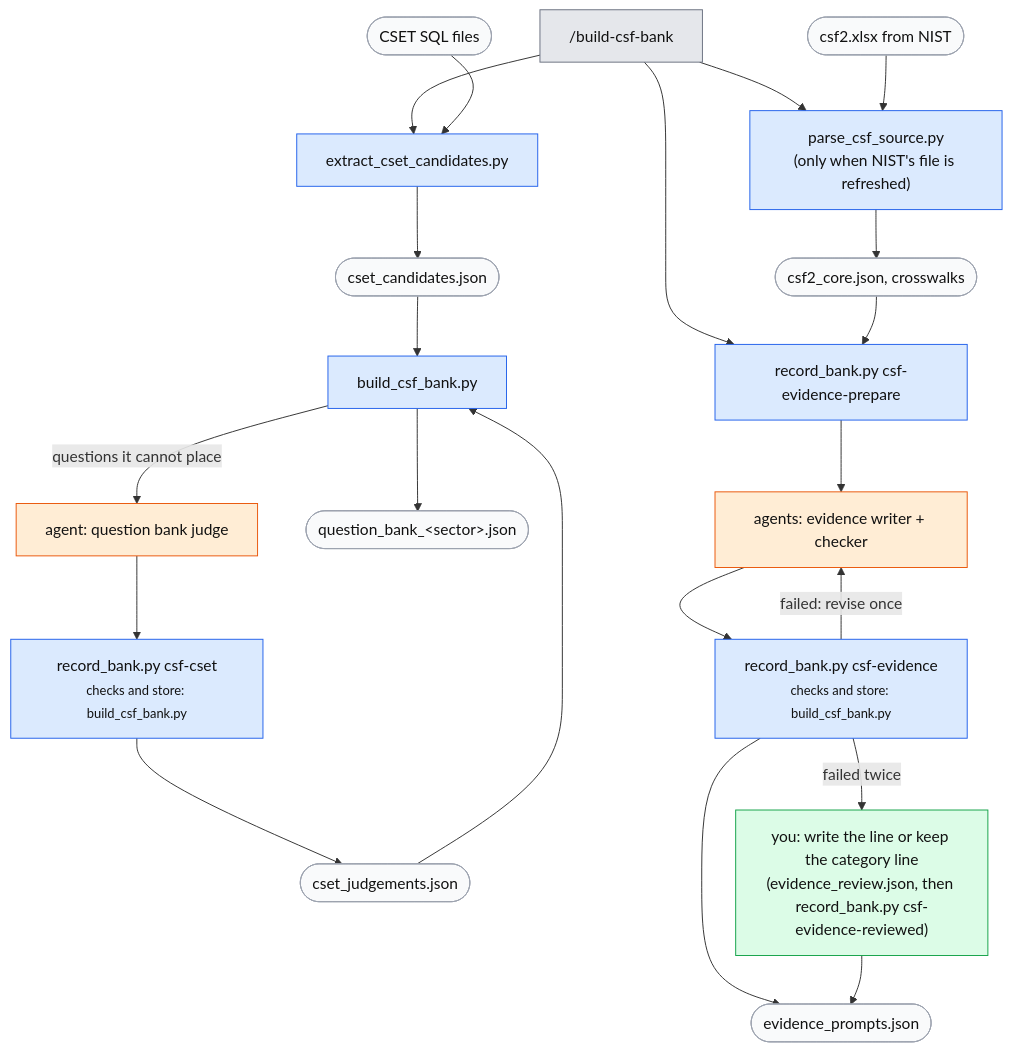
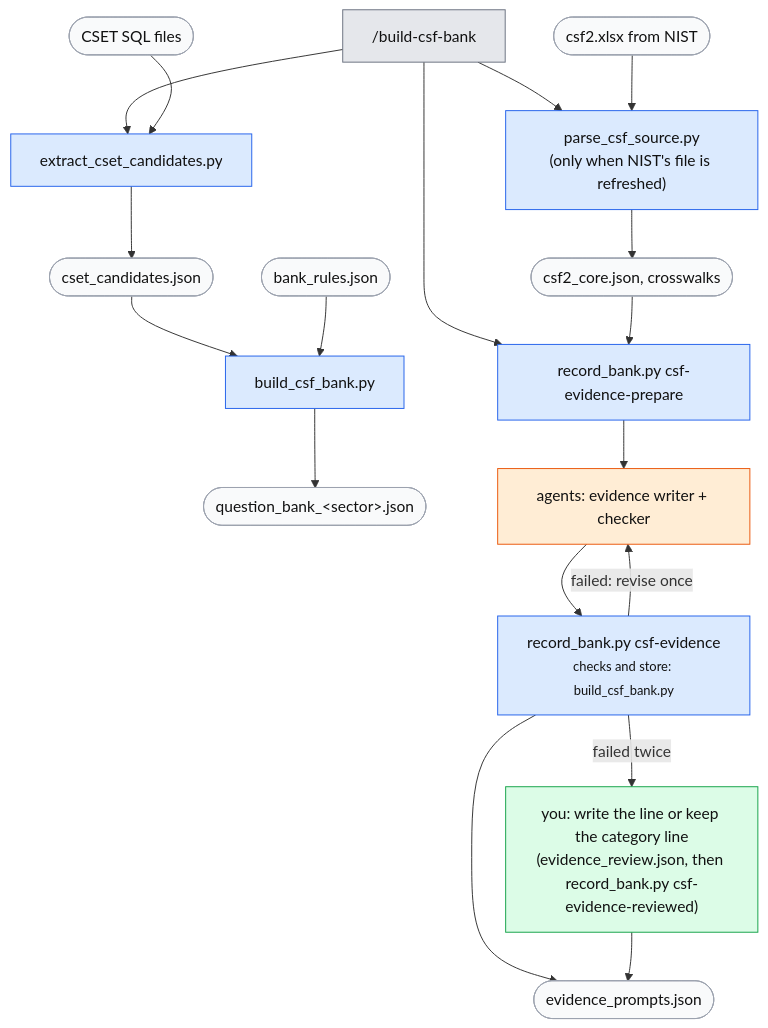
Before and after one commit to srilekha82/csf-ai-self-assessment: the second of 3 diagrams in docs/guide.md, drawn with Mermaid. The commit also changed other lines of this file and 17 other files, not shown here.

First line of the commit message:
CSF banks: CSET questions picked by sector, no agent

````diff
--- a/docs/guide.md
+++ b/docs/guide.md
@@ -147,20 +145,20 @@
 ```mermaid
 flowchart TD
     B["/build-csf-bank"]:::cmd --> PC["parse_csf_source.py<br/>(only when NIST's file is refreshed)"]:::script
     NIST([csf2.xlsx from NIST]):::file --> PC --> CORE([csf2_core.json, crosswalks]):::file
     B --> EX[extract_cset_candidates.py]:::script
     SQL([CSET SQL files]):::file --> EX --> CAND([cset_candidates.json]):::file --> BQB[build_csf_bank.py]:::script
-    BQB -- "questions it cannot place" --> JA["agent: question bank judge"]:::agent --> RJ["record_bank.py csf-cset<br/><small>checks and store: build_csf_bank.py</small>"]:::script --> JS([cset_judgements.json]):::file --> BQB
+    RULES([bank_rules.json]):::file --> BQB
     BQB --> BANK([question_bank_&lt;sector&gt;.json]):::file
     B --> EP["record_bank.py csf-evidence-prepare"]:::script
     CORE --> EP --> EW["agents: evidence writer + checker"]:::agent --> RE["record_bank.py csf-evidence<br/><small>checks and store: build_csf_bank.py</small>"]:::script --> EVP([evidence_prompts.json]):::file
     RE -- "failed: revise once" --> EW
     RE -- "failed twice" --> YOU["you: write the line or keep the category line<br/>(evidence_review.json, then record_bank.py csf-evidence-reviewed)"]:::you --> EVP
 
     classDef cmd fill:#e5e7eb,stroke:#6b7280,color:#111
     classDef script fill:#dbeafe,stroke:#2563eb,color:#111
     classDef agent fill:#ffedd5,stroke:#ea580c,color:#111
     classDef you fill:#dcfce7,stroke:#16a34a,color:#111
     classDef file fill:#f9fafb,stroke:#9ca3af,color:#111
     classDef stop fill:#fee2e2,stroke:#dc2626,color:#111
 ```
````
